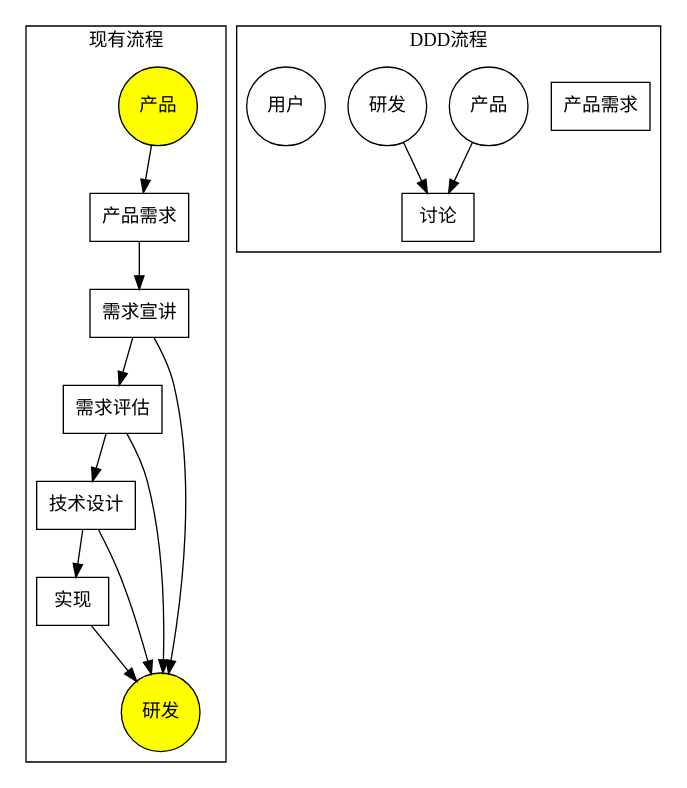
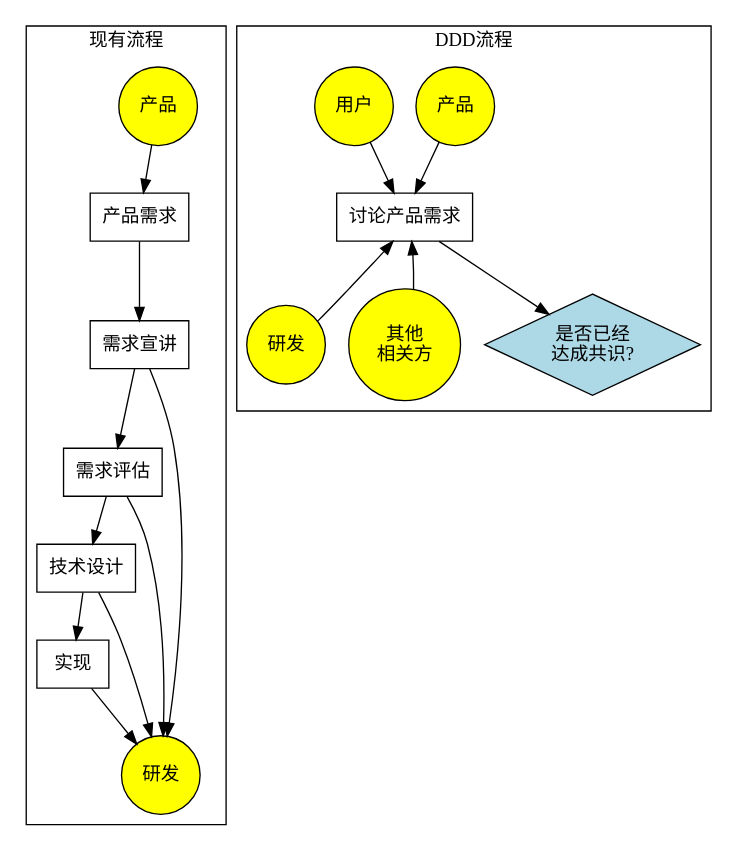
The diagram in ddd/img/ddd-process.dot (shinyoo/shinyoo.github.io), drawn with Graphviz before and after one commit. The commit also changed 2 other files, not shown here.

```diff
--- a/ddd/img/ddd-process.dot
+++ b/ddd/img/ddd-process.dot
@@ -1,41 +1,51 @@
 digraph processVs {
     node[shape=box]
     subgraph cluster_old {
         p_des[label="产品需求"]
         p_pub[label="需求宣讲"]
         d_est[label="需求评估"]
         d_des[label="技术设计"]
         d_imp[label="实现"]
 
         p_des->p_pub->d_est->d_des->d_imp
         node[shape=circle, style=filled, fillcolor=yellow]
         pm[label="产品"]
         dev[label="研发"]
         pm->p_des
         p_pub->dev
         d_est->dev
         d_des->dev
         d_imp->dev
         edge[style=invis]
         pm->dev
         
         label="现有流程";
     }
 
 
 
     subgraph cluster_ddd {
-        p_pro[label="产品需求"]
-        p_dis[label="讨论"]
+    
+        p_dis[label="讨论产品需求"]
 
-        node[shape="circle"]
+        node[shape="circle";style=filled;fillcolor=yellow]
         m_pm[label="产品"]
         m_dev[label="研发"]
         m_user[label="用户"]
+        m_rel[label="其他\n相关方"]
+        done[label="是否已经\n达成共识?";shape=diamond;fillcolor=lightblue]
+      
+        {m_pm, m_dev,m_user,m_rel}->p_dis[headtip=inv]
         
-        m_pm->p_dis
-        m_dev->p_dis
+        p_dis->done
+
+        edge[style=invis]
+        p_dis->m_rel
+        p_dis->m_dev
+
+
 
         label="DDD流程"
+
     }
 }
```
